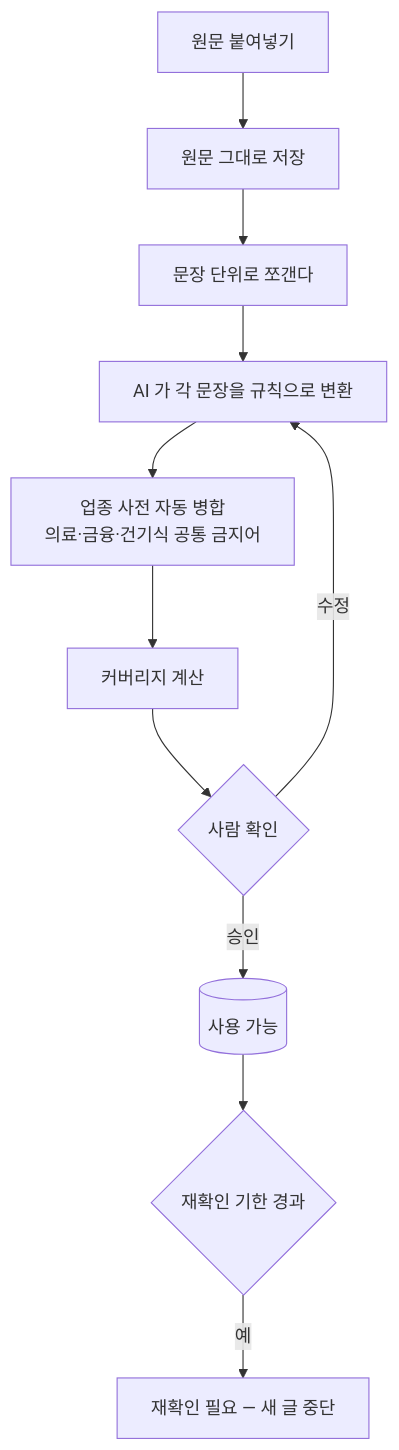
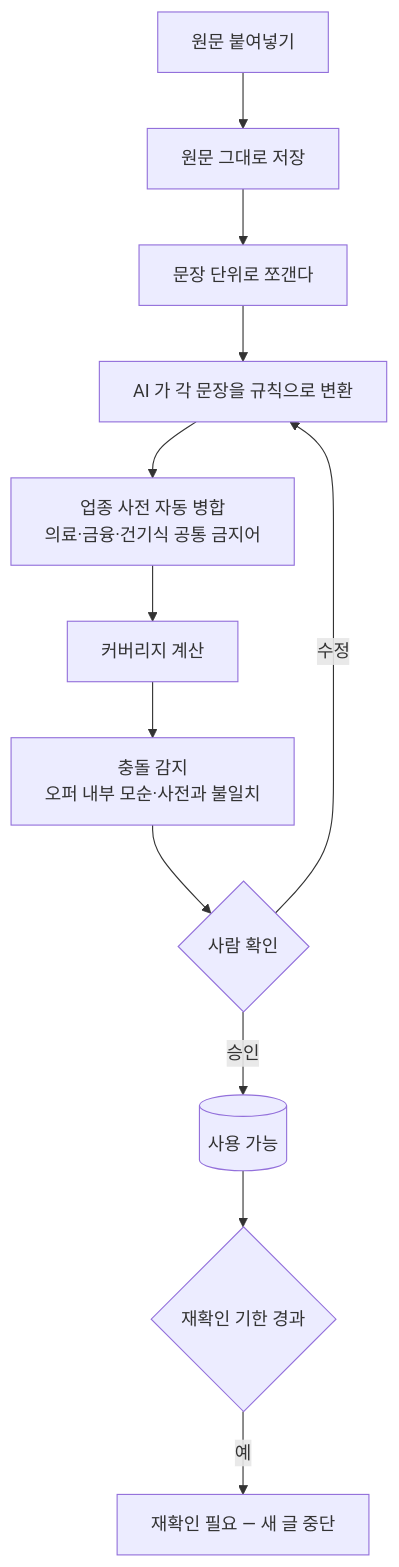
Before and after one commit to jteen-lab/blogauto_v2: the diagram in services/republish/docs/plans/cpa_affiliate_plan.md, drawn with Mermaid. The commit also changed other lines of this file, not shown here.

````diff
--- a/services/republish/docs/plans/cpa_affiliate_plan.md
+++ b/services/republish/docs/plans/cpa_affiliate_plan.md
@@ -111,13 +174,14 @@
 ```mermaid
 flowchart TD
     A[원문 붙여넣기] --> B[원문 그대로 저장]
     B --> C[문장 단위로 쪼갠다]
     C --> D[AI 가 각 문장을 규칙으로 변환]
     D --> E[업종 사전 자동 병합<br/>의료·금융·건기식 공통 금지어]
     E --> F[커버리지 계산]
-    F --> G{사람 확인}
+    F --> F2[충돌 감지<br/>오퍼 내부 모순·사전과 불일치]
+    F2 --> G{사람 확인}
     G -->|수정| D
     G -->|승인| H[(사용 가능)]
     H --> I{재확인 기한 경과}
     I -->|예| J[재확인 필요 — 새 글 중단]
 ```
````
